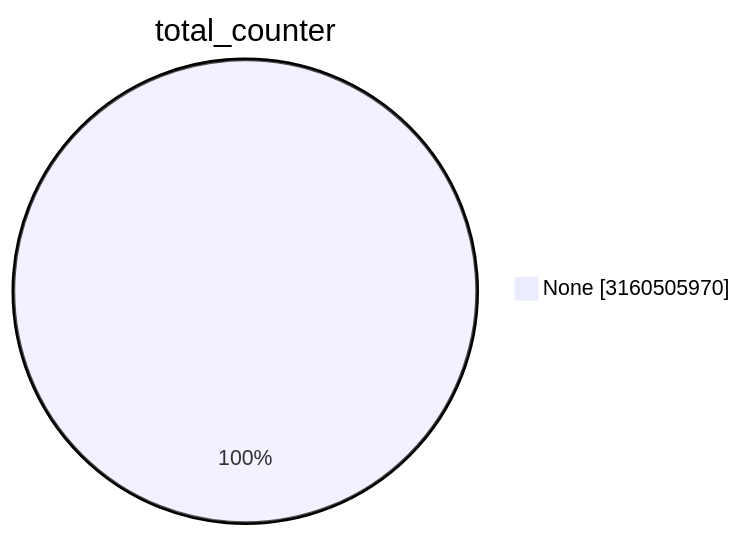
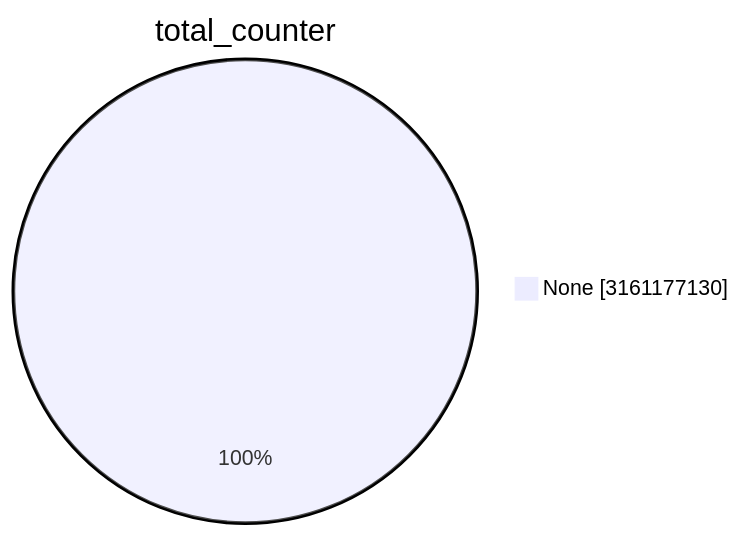
One commit to christiankrug/ctmonitor_visualization changed the first of 15 diagrams in TOTAL/README.md. Above: the diagram before and after it, drawn with Mermaid. The commit also changed other lines of this file, not shown here.

````diff
--- a/TOTAL/README.md
+++ b/TOTAL/README.md
@@ -1,5 +1,5 @@
 ```mermaid
 pie showData
 title total_counter
-"None" :3160505970
+"None" :3161177130
 ```
````
